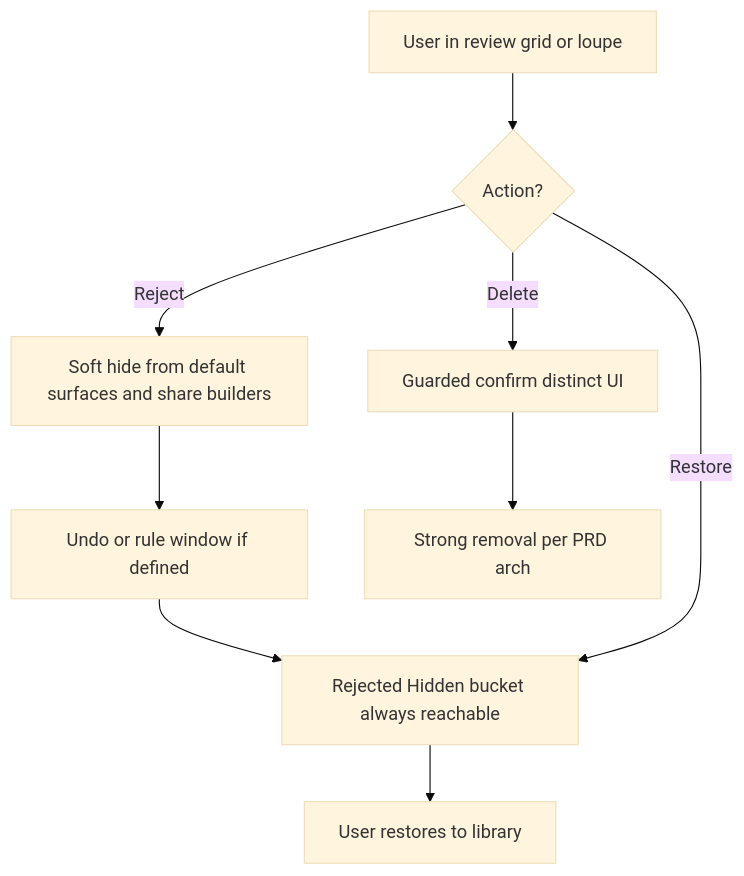
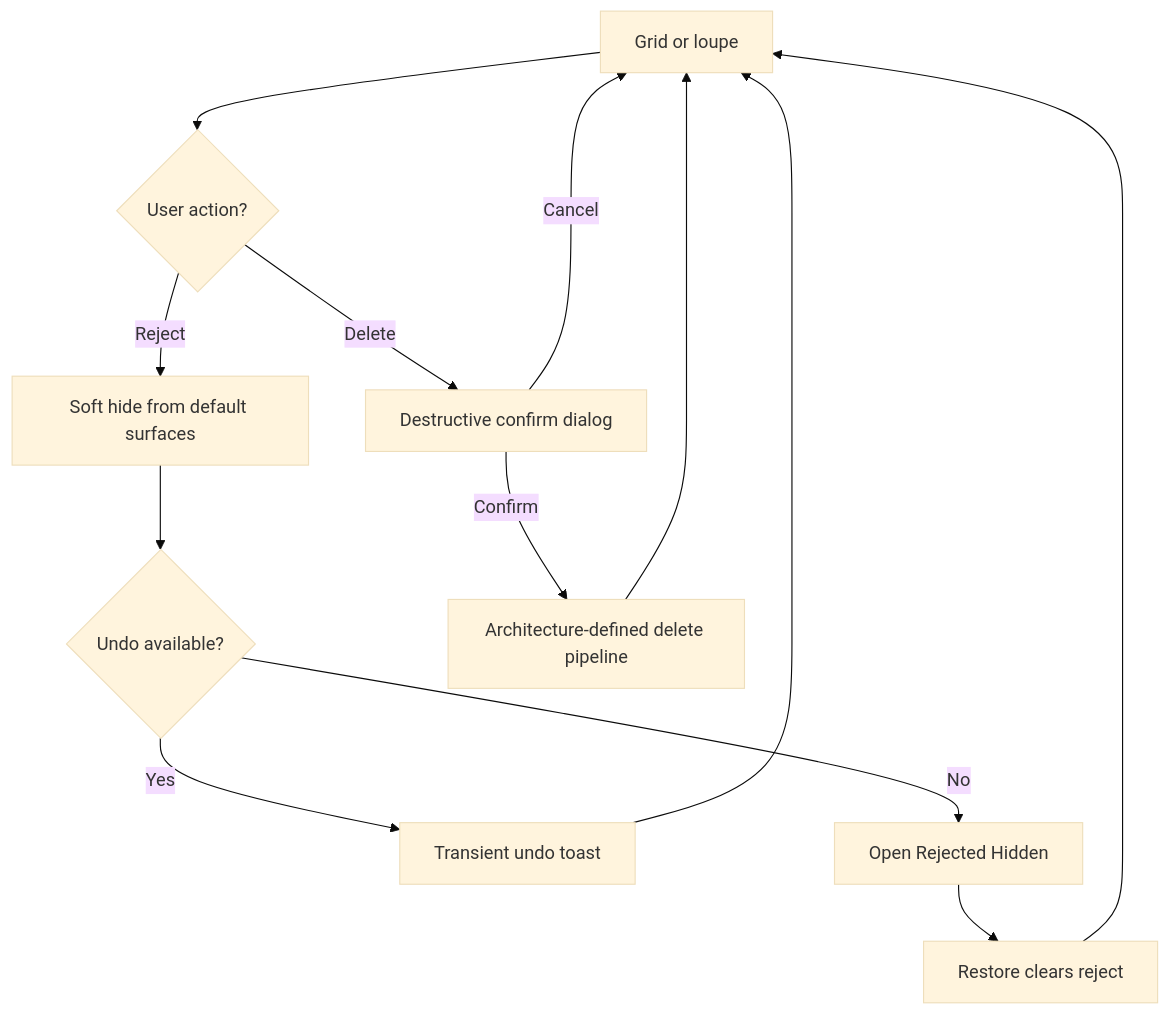
The fifth of 6 diagrams in _bmad-output/planning-artifacts/ux-design-specification.md (sergej-brazdeikis/photo-tool), drawn with Mermaid (base theme) before and after one commit. The commit also changed other lines of this file and 82 other files, not shown here.

````diff
--- a/_bmad-output/planning-artifacts/ux-design-specification.md
+++ b/_bmad-output/planning-artifacts/ux-design-specification.md
@@ -526,11 +583,15 @@
 ```mermaid
 flowchart TD
-  A[User in review grid or loupe] --> B{Action?}
-  B -->|Reject| C[Soft hide from default surfaces and share builders]
-  C --> D[Undo or rule window if defined]
-  D --> E[Rejected Hidden bucket always reachable]
-  B -->|Delete| F[Guarded confirm distinct UI]
-  F --> G[Strong removal per PRD arch]
-  B -->|Restore| E
-  E --> H[User restores to library]
+  E1[Grid or loupe] --> E2{User action?}
+  E2 -->|Reject| E3[Soft hide from default surfaces]
+  E3 --> E4{Undo available?}
+  E4 -->|Yes| E5[Transient undo toast]
+  E4 -->|No| E6[Open Rejected Hidden]
+  E5 --> E1
+  E6 --> E7[Restore clears reject]
+  E7 --> E1
+  E2 -->|Delete| E8[Destructive confirm dialog]
+  E8 -->|Cancel| E1
+  E8 -->|Confirm| E9[Architecture-defined delete pipeline]
+  E9 --> E1
 ```
````
